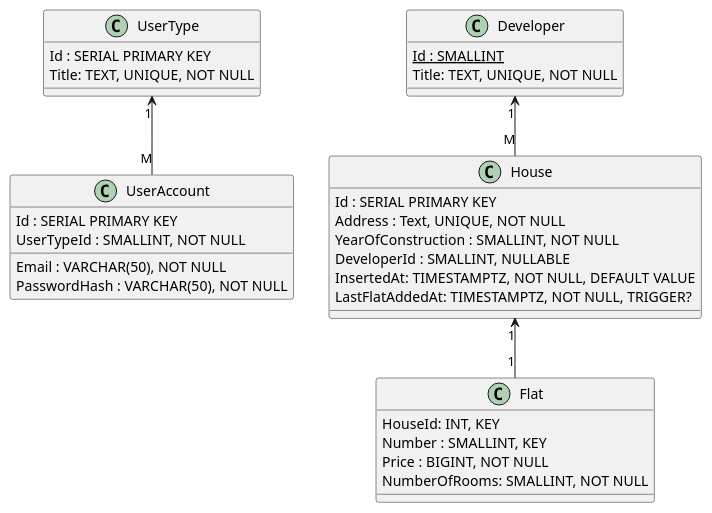
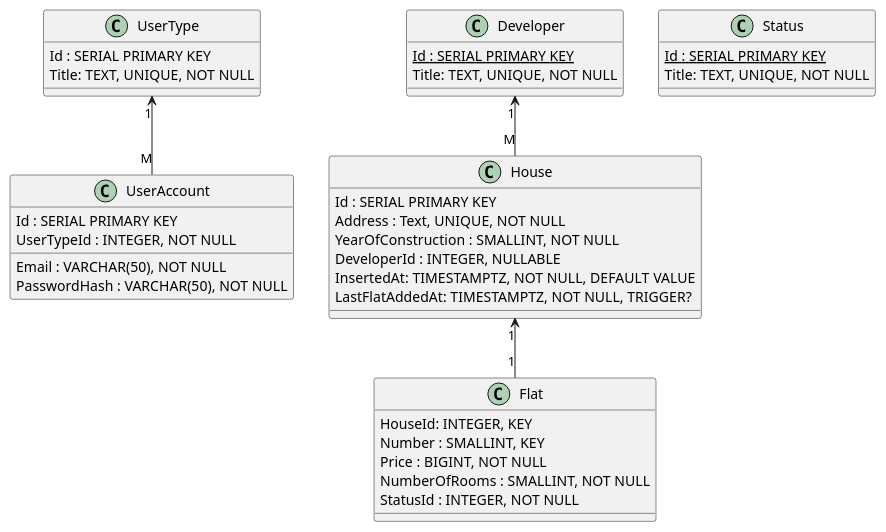
The diagram in docs/Database Scheme.plantuml (SacrumImp/avito-api-project), drawn with PlantUML before and after one commit. The commit also changed 1 other file, not shown here.

```diff
--- a/docs/Database Scheme.plantuml
+++ b/docs/Database Scheme.plantuml
@@ -1,41 +1,47 @@
 @startuml Avito Service Task
 
 class UserAccount {
     Id : SERIAL PRIMARY KEY
     Email : VARCHAR(50), NOT NULL
     PasswordHash : VARCHAR(50), NOT NULL
-    UserTypeId : SMALLINT, NOT NULL
+    UserTypeId : INTEGER, NOT NULL
 }
 
 class UserType {
     Id : SERIAL PRIMARY KEY
     Title: TEXT, UNIQUE, NOT NULL
 }
 
 class House {
     Id : SERIAL PRIMARY KEY
     Address : Text, UNIQUE, NOT NULL
     YearOfConstruction : SMALLINT, NOT NULL
-    DeveloperId : SMALLINT, NULLABLE
+    DeveloperId : INTEGER, NULLABLE
     InsertedAt: TIMESTAMPTZ, NOT NULL, DEFAULT VALUE
     LastFlatAddedAt: TIMESTAMPTZ, NOT NULL, TRIGGER?
 }
 
 class Developer {
-    {static} Id : SMALLINT 
+    {static} Id : SERIAL PRIMARY KEY  
+    Title: TEXT, UNIQUE, NOT NULL
+}
+
+class Status {
+    {static} Id : SERIAL PRIMARY KEY 
     Title: TEXT, UNIQUE, NOT NULL
 }
 
 'Для квартиры ключ должен быть составным, по HouseId и Number. При этом поиск по HouseId должен быть быстрым
 class Flat {
-    HouseId: INT, KEY
+    HouseId: INTEGER, KEY
     Number : SMALLINT, KEY
     Price : BIGINT, NOT NULL
-    NumberOfRooms: SMALLINT, NOT NULL
+    NumberOfRooms : SMALLINT, NOT NULL
+    StatusId : INTEGER, NOT NULL
 }
 
 UserType "1" <-- "M" UserAccount 
 Developer "1" <-- "M" House 
 House "1" <-- "1" Flat 
 
 @enduml
```
